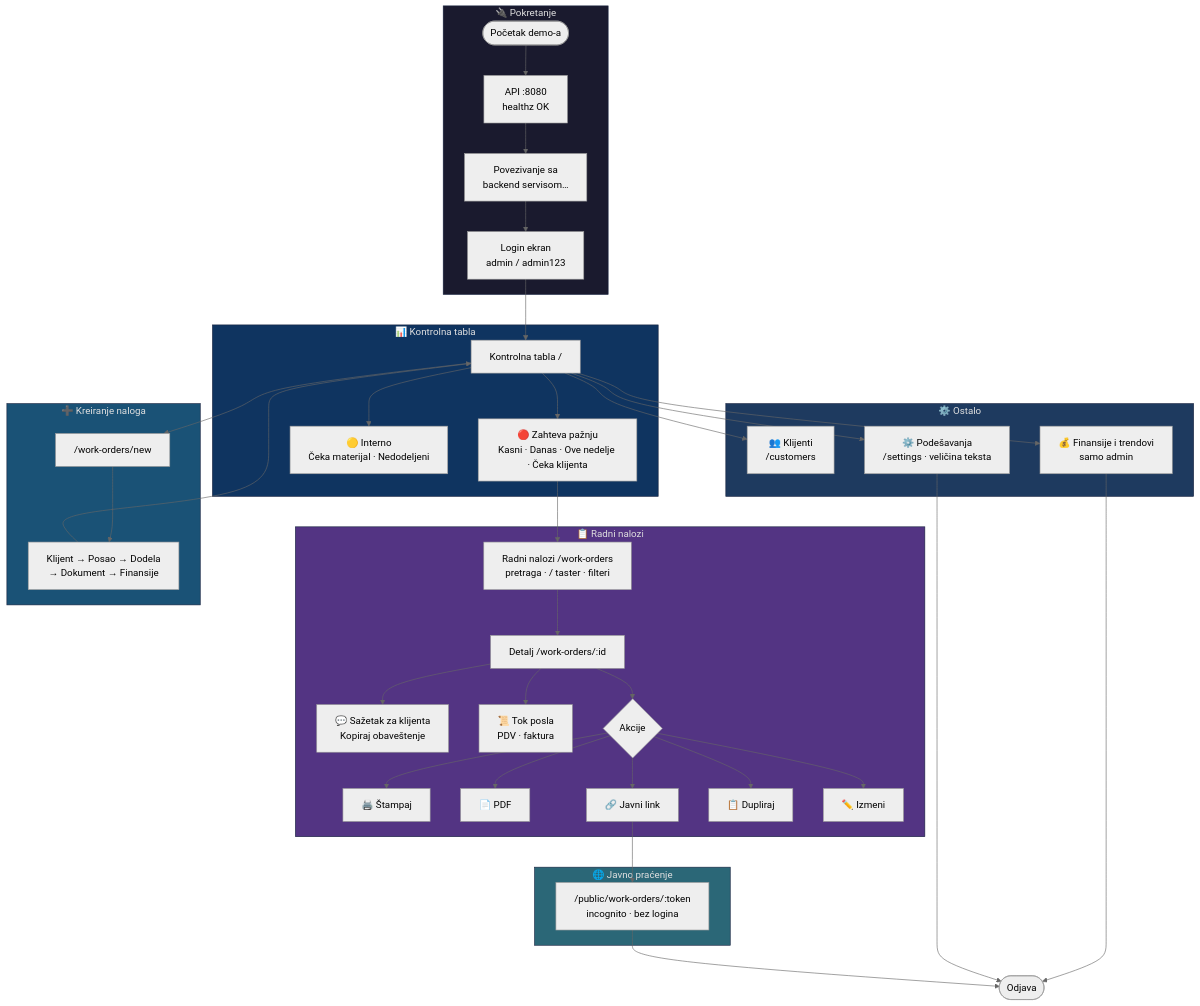
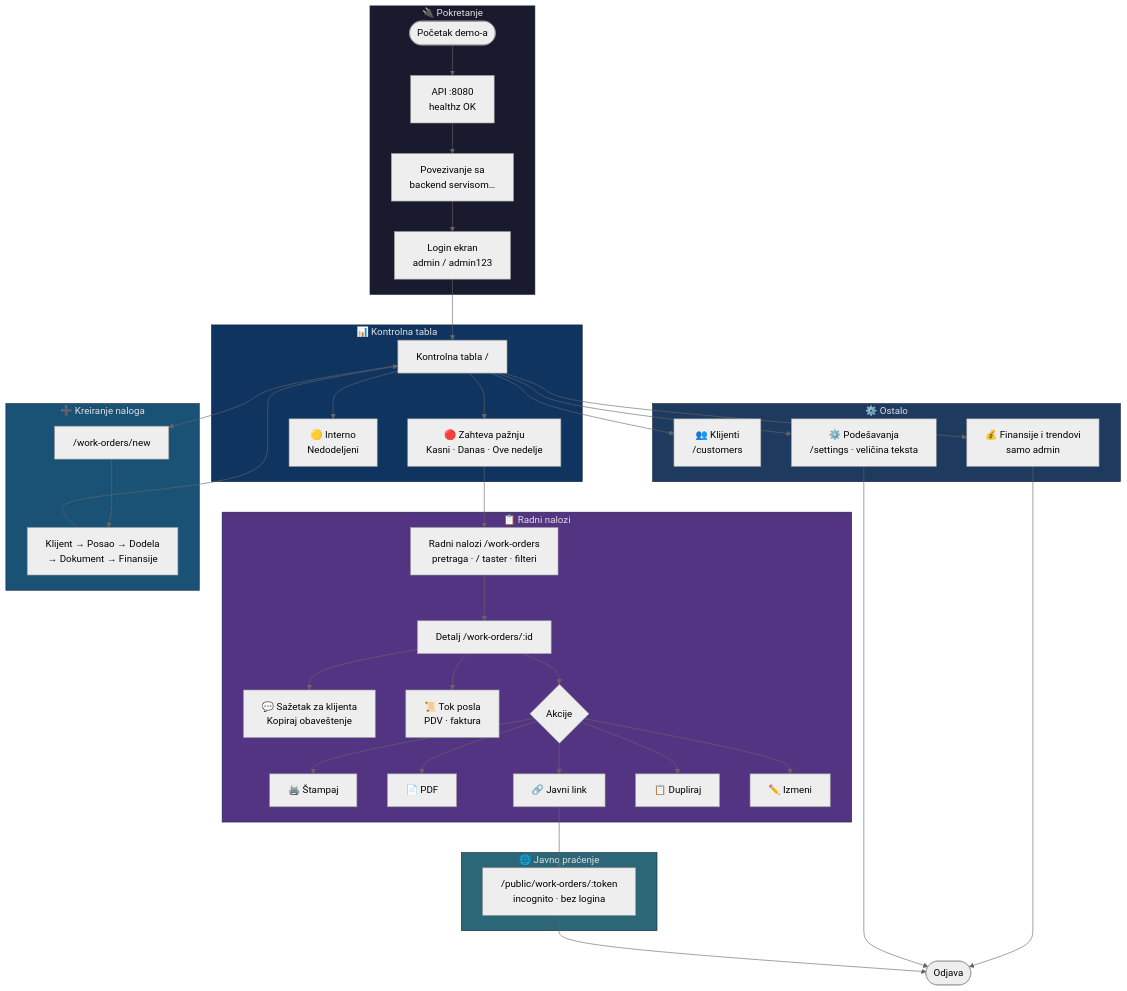
The first of 4 diagrams in docs/DEMO_VODIC_SR.md (LosBobes/iris), drawn with Mermaid (neutral theme) before and after one commit. The commit also changed other lines of this file and 73 other files, not shown here.

````diff
--- a/docs/DEMO_VODIC_SR.md
+++ b/docs/DEMO_VODIC_SR.md
@@ -130,58 +130,58 @@
 ```mermaid
 flowchart TD
     subgraph boot ["🔌 Pokretanje"]
         START([Početak demo-a]) --> API["API :8080<br/>healthz OK"]
         API --> BOOT["Povezivanje sa<br/>backend servisom…"]
         BOOT --> LOGIN["Login ekran<br/>admin / admin123"]
     end
 
     LOGIN --> DASH
 
     subgraph dash ["📊 Kontrolna tabla"]
         DASH["Kontrolna tabla /"]
-        DASH --> ATT["🔴 Zahteva pažnju<br/>Kasni · Danas · Ove nedelje · Čeka klijenta"]
-        DASH --> INT["🟡 Interno<br/>Čeka materijal · Nedodeljeni"]
+        DASH --> ATT["🔴 Zahteva pažnju<br/>Kasni · Danas · Ove nedelje"]
+        DASH --> INT["🟡 Interno<br/>Nedodeljeni"]
     end
 
     subgraph wo ["📋 Radni nalozi"]
         ATT --> LIST["Radni nalozi /work-orders<br/>pretraga · / taster · filteri"]
         LIST --> DET["Detalj /work-orders/:id"]
 
         DET --> SUM["💬 Sažetak za klijenta<br/>Kopiraj obaveštenje"]
         DET --> FLOW["📜 Tok posla<br/>PDV · faktura"]
         DET --> ACT{"Akcije"}
 
         ACT --> PRINT["🖨️ Štampaj"]
         ACT --> PDF["📄 PDF"]
         ACT --> LINK["🔗 Javni link"]
         ACT --> DUP["📋 Dupliraj"]
         ACT --> EDIT["✏️ Izmeni"]
     end
 
     subgraph pub ["🌐 Javno praćenje"]
         LINK --> PUB["/public/work-orders/:token<br/>incognito · bez logina"]
     end
 
     subgraph create ["➕ Kreiranje naloga"]
         DASH --> NEW["/work-orders/new"]
         NEW --> FORM["Klijent → Posao → Dodela<br/>→ Dokument → Finansije"]
     end
 
     subgraph other ["⚙️ Ostalo"]
         DASH --> CUST["👥 Klijenti<br/>/customers"]
         DASH --> SET["⚙️ Podešavanja<br/>/settings · veličina teksta"]
         DASH --> FIN["💰 Finansije i trendovi<br/>samo admin"]
     end
 
     FIN --> LOGOUT([Odjava])
     SET --> LOGOUT
     PUB --> LOGOUT
     FORM --> DASH
 
     style boot fill:#1a1a2e,stroke:#16213e,color:#e0e0e0
     style dash fill:#0f3460,stroke:#16213e,color:#e0e0e0
     style wo fill:#533483,stroke:#16213e,color:#e0e0e0
     style pub fill:#2b6777,stroke:#16213e,color:#e0e0e0
     style create fill:#1a5276,stroke:#16213e,color:#e0e0e0
     style other fill:#1e3a5f,stroke:#16213e,color:#e0e0e0
 ```
````
